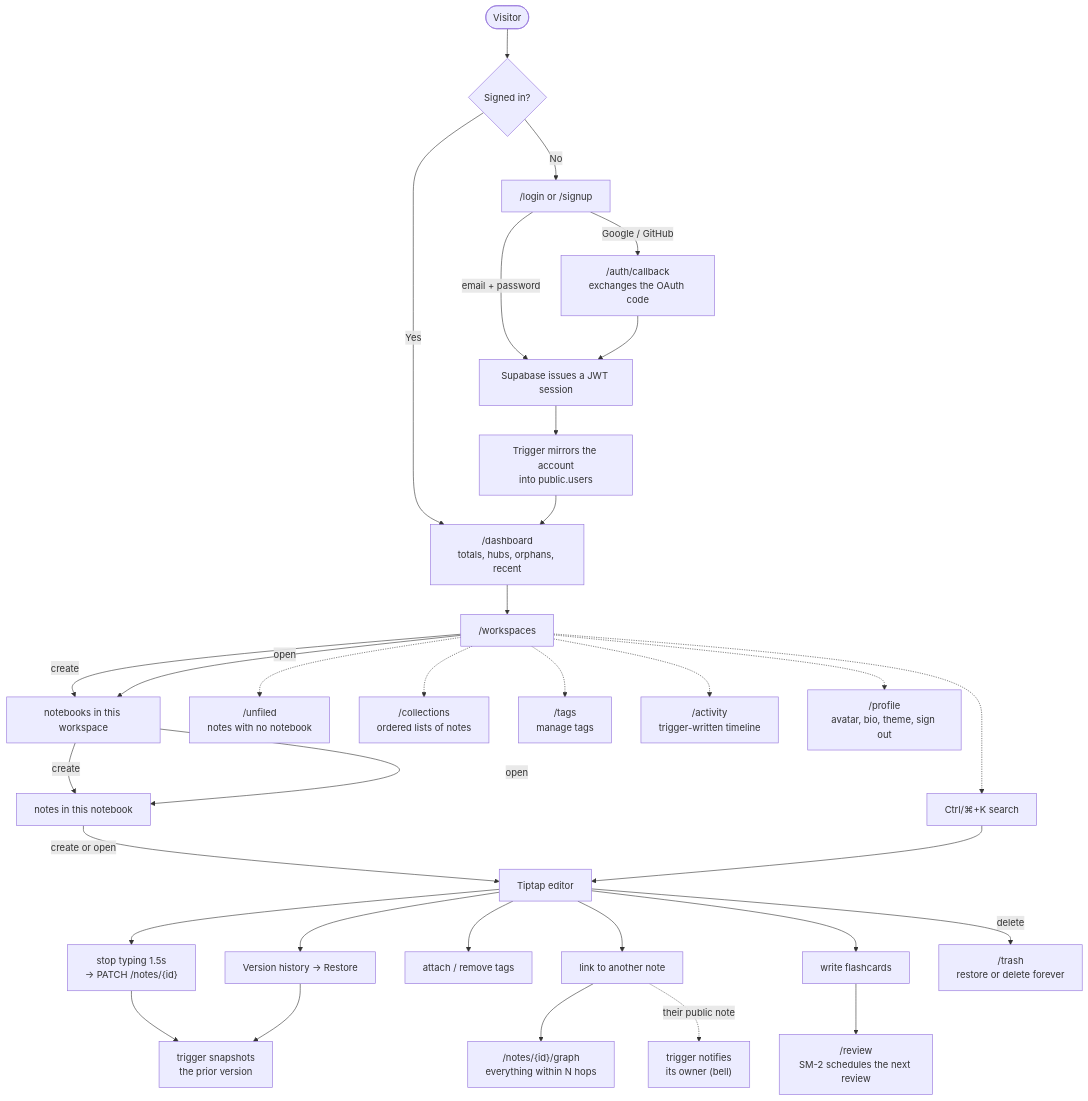
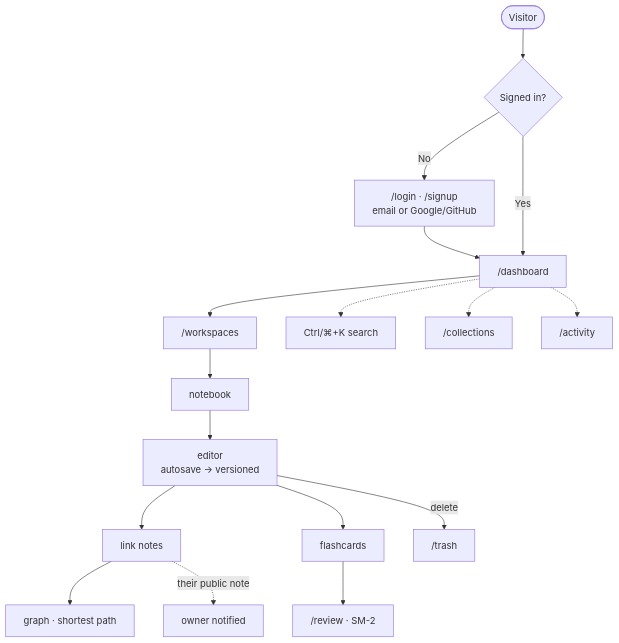
The third of 3 diagrams in README.md (Mahakisore7/Neuro_Vault), drawn with Mermaid before and after one commit. The commit also changed other lines of this file and 1 other file, not shown here.

````diff
--- a/README.md
+++ b/README.md
@@ -302,38 +402,15 @@
 ```mermaid
 flowchart TD
-    Start(["Visitor"]) --> HasSession{"Signed in?"}
-    HasSession -- No --> AuthChoice["/login or /signup"]
-    AuthChoice -- "email + password" --> Session
-    AuthChoice -- "Google / GitHub" --> Callback["/auth/callback<br/>exchanges the OAuth code"]
-    Callback --> Session["Supabase issues a JWT session"]
-    Session --> Sync["Trigger mirrors the account<br/>into public.users"]
-    HasSession -- Yes --> Home
-    Sync --> Home["/dashboard<br/>totals, hubs, orphans, recent"]
-    Home --> Workspaces["/workspaces"]
-
-    Workspaces -- "create" --> WsDetail
-    Workspaces -- "open" --> WsDetail["notebooks in this workspace"]
-    WsDetail -- "create" --> NbDetail
-    WsDetail -- "open" --> NbDetail["notes in this notebook"]
-    NbDetail -- "create or open" --> Editor["Tiptap editor"]
-
-    Editor --> Autosave["stop typing 1.5s<br/>-> PATCH /notes/{id}"]
-    Autosave --> Trigger["trigger snapshots<br/>the prior version"]
-    Editor --> History["Version history -> Restore"]
-    History --> Trigger
-    Editor --> Tags["attach / remove tags"]
-    Editor --> Links["link to another note"]
-    Links --> Graph["/notes/{id}/graph<br/>everything within N hops"]
-    Links -. "their public note" .-> Notify["trigger notifies<br/>its owner (bell)"]
-    Editor --> Cards["write flashcards"]
-    Cards --> Review["/review<br/>SM-2 schedules the next review"]
-    Editor -- "delete" --> Trash["/trash<br/>restore or delete forever"]
-
-    Workspaces -.-> Search["Ctrl/⌘+K search"]
-    Search --> Editor
-    Workspaces -.-> Unfiled["/unfiled<br/>notes with no notebook"]
-    Workspaces -.-> Collections["/collections<br/>ordered lists of notes"]
-    Workspaces -.-> TagsPage["/tags<br/>manage tags"]
-    Workspaces -.-> Activity["/activity<br/>trigger-written timeline"]
-    Workspaces -.-> Profile["/profile<br/>avatar, bio, theme, sign out"]
+    Start(["Visitor"]) --> Signed{"Signed in?"}
+    Signed -- No --> Auth["/login · /signup<br/>email or Google/GitHub"]
+    Auth --> Home
+    Signed -- Yes --> Home["/dashboard"]
+    Home --> Workspaces["/workspaces"] --> Notebook["notebook"] --> Editor["editor<br/>autosave → versioned"]
+    Editor --> Links["link notes"] --> Graph["graph · shortest path"]
+    Links -. "their public note" .-> Bell["owner notified"]
+    Editor --> Cards["flashcards"] --> Review["/review · SM-2"]
+    Editor -- delete --> Trash["/trash"]
+    Home -.-> Search["Ctrl/⌘+K search"]
+    Home -.-> Collections["/collections"]
+    Home -.-> Activity["/activity"]
 ```
````
